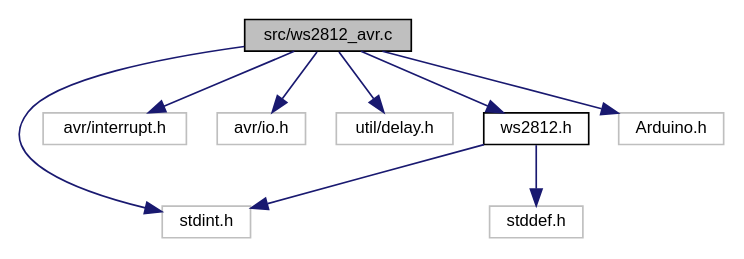
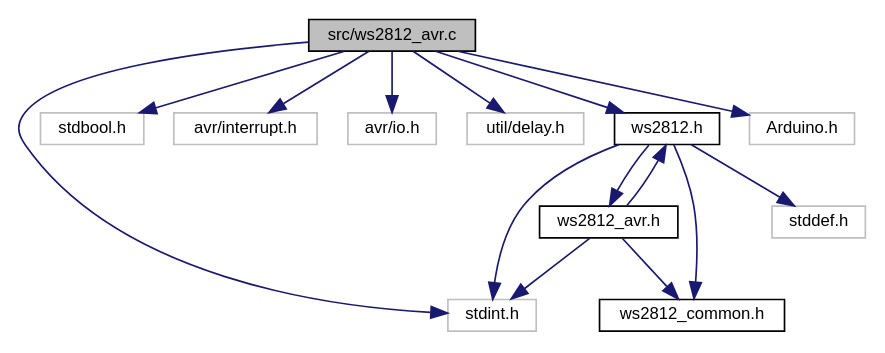
The diagram in docs/ws2812__avr_8c__incl.dot (CTXz/TinyWS2812), drawn with Graphviz before and after one commit. The commit also changed 97 other files, not shown here.

```diff
--- a/docs/ws2812__avr_8c__incl.dot
+++ b/docs/ws2812__avr_8c__incl.dot
@@ -1,22 +1,31 @@
 digraph "src/ws2812_avr.c"
 {
  // LATEX_PDF_SIZE
   edge [fontname="Helvetica",fontsize="10",labelfontname="Helvetica",labelfontsize="10"];
   node [fontname="Helvetica",fontsize="10",shape=record];
   Node1 [label="src/ws2812_avr.c",height=0.2,width=0.4,color="black", fillcolor="grey75", style="filled", fontcolor="black",tooltip="Driver code for AVR chips."];
   Node1 -> Node2 [color="midnightblue",fontsize="10",style="solid",fontname="Helvetica"];
   Node2 [label="stdint.h",height=0.2,width=0.4,color="grey75", fillcolor="white", style="filled",tooltip=" "];
   Node1 -> Node3 [color="midnightblue",fontsize="10",style="solid",fontname="Helvetica"];
-  Node3 [label="avr/interrupt.h",height=0.2,width=0.4,color="grey75", fillcolor="white", style="filled",tooltip=" "];
+  Node3 [label="stdbool.h",height=0.2,width=0.4,color="grey75", fillcolor="white", style="filled",tooltip=" "];
   Node1 -> Node4 [color="midnightblue",fontsize="10",style="solid",fontname="Helvetica"];
-  Node4 [label="avr/io.h",height=0.2,width=0.4,color="grey75", fillcolor="white", style="filled",tooltip=" "];
+  Node4 [label="avr/interrupt.h",height=0.2,width=0.4,color="grey75", fillcolor="white", style="filled",tooltip=" "];
   Node1 -> Node5 [color="midnightblue",fontsize="10",style="solid",fontname="Helvetica"];
-  Node5 [label="util/delay.h",height=0.2,width=0.4,color="grey75", fillcolor="white", style="filled",tooltip=" "];
+  Node5 [label="avr/io.h",height=0.2,width=0.4,color="grey75", fillcolor="white", style="filled",tooltip=" "];
   Node1 -> Node6 [color="midnightblue",fontsize="10",style="solid",fontname="Helvetica"];
-  Node6 [label="ws2812.h",height=0.2,width=0.4,color="black", fillcolor="white", style="filled",URL="$ws2812_8h.html",tooltip="Exposes the Tiny-WS2812 driver interface."];
-  Node6 -> Node7 [color="midnightblue",fontsize="10",style="solid",fontname="Helvetica"];
-  Node7 [label="stddef.h",height=0.2,width=0.4,color="grey75", fillcolor="white", style="filled",tooltip=" "];
-  Node6 -> Node2 [color="midnightblue",fontsize="10",style="solid",fontname="Helvetica"];
-  Node1 -> Node8 [color="midnightblue",fontsize="10",style="solid",fontname="Helvetica"];
-  Node8 [label="Arduino.h",height=0.2,width=0.4,color="grey75", fillcolor="white", style="filled",tooltip=" "];
+  Node6 [label="util/delay.h",height=0.2,width=0.4,color="grey75", fillcolor="white", style="filled",tooltip=" "];
+  Node1 -> Node7 [color="midnightblue",fontsize="10",style="solid",fontname="Helvetica"];
+  Node7 [label="ws2812.h",height=0.2,width=0.4,color="black", fillcolor="white", style="filled",URL="$ws2812_8h.html",tooltip="Exposes the Tiny-WS2812 driver interface."];
+  Node7 -> Node8 [color="midnightblue",fontsize="10",style="solid",fontname="Helvetica"];
+  Node8 [label="ws2812_avr.h",height=0.2,width=0.4,color="black", fillcolor="white", style="filled",URL="$ws2812__avr_8h.html",tooltip="Provides AVR platform specific definitions."];
+  Node8 -> Node2 [color="midnightblue",fontsize="10",style="solid",fontname="Helvetica"];
+  Node8 -> Node9 [color="midnightblue",fontsize="10",style="solid",fontname="Helvetica"];
+  Node9 [label="ws2812_common.h",height=0.2,width=0.4,color="black", fillcolor="white", style="filled",URL="$ws2812__common_8h.html",tooltip="Definitions required by all platform specific headers."];
+  Node8 -> Node7 [color="midnightblue",fontsize="10",style="solid",fontname="Helvetica"];
+  Node7 -> Node10 [color="midnightblue",fontsize="10",style="solid",fontname="Helvetica"];
+  Node10 [label="stddef.h",height=0.2,width=0.4,color="grey75", fillcolor="white", style="filled",tooltip=" "];
+  Node7 -> Node2 [color="midnightblue",fontsize="10",style="solid",fontname="Helvetica"];
+  Node7 -> Node9 [color="midnightblue",fontsize="10",style="solid",fontname="Helvetica"];
+  Node1 -> Node11 [color="midnightblue",fontsize="10",style="solid",fontname="Helvetica"];
+  Node11 [label="Arduino.h",height=0.2,width=0.4,color="grey75", fillcolor="white", style="filled",tooltip=" "];
 }
```
